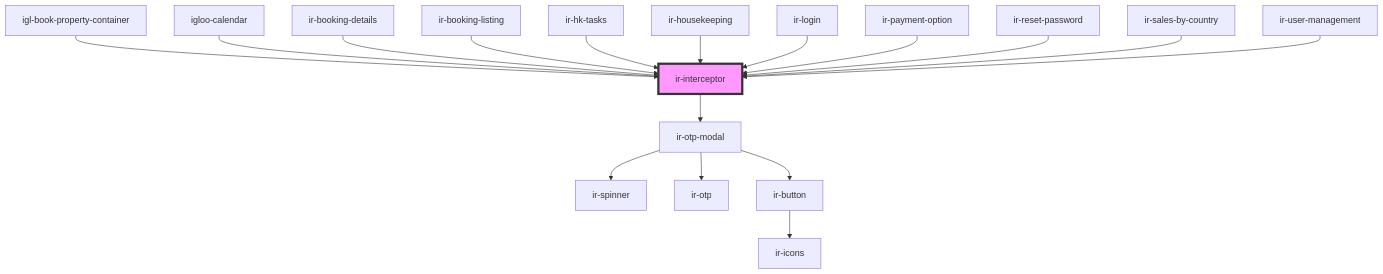
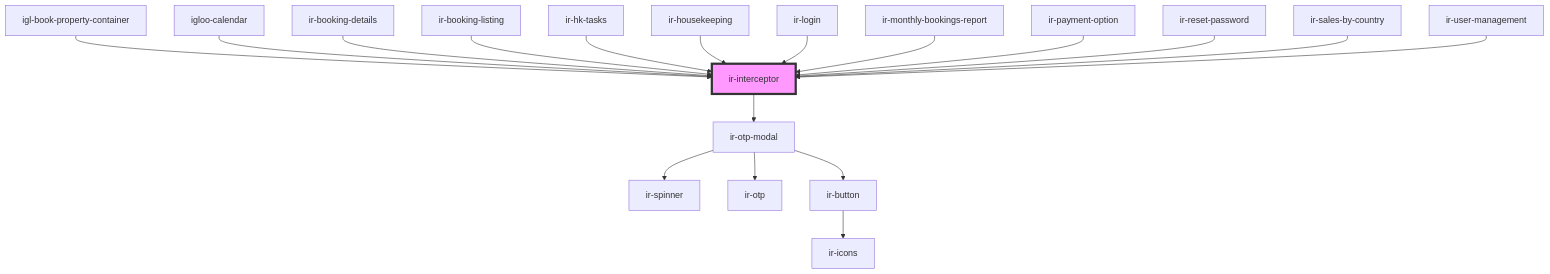
Before and after one commit to David1Chowaifaty/modified-ir-webcmp: the diagram in src/components/ir-interceptor/readme.md, drawn with Mermaid. The commit also changed other lines of this file and 58 other files, not shown here.

````diff
--- a/src/components/ir-interceptor/readme.md
+++ b/src/components/ir-interceptor/readme.md
@@ -44,20 +45,21 @@
 ```mermaid
 graph TD;
   ir-interceptor --> ir-otp-modal
   ir-otp-modal --> ir-spinner
   ir-otp-modal --> ir-otp
   ir-otp-modal --> ir-button
   ir-button --> ir-icons
   igl-book-property-container --> ir-interceptor
   igloo-calendar --> ir-interceptor
   ir-booking-details --> ir-interceptor
   ir-booking-listing --> ir-interceptor
   ir-hk-tasks --> ir-interceptor
   ir-housekeeping --> ir-interceptor
   ir-login --> ir-interceptor
+  ir-monthly-bookings-report --> ir-interceptor
   ir-payment-option --> ir-interceptor
   ir-reset-password --> ir-interceptor
   ir-sales-by-country --> ir-interceptor
   ir-user-management --> ir-interceptor
   style ir-interceptor fill:#f9f,stroke:#333,stroke-width:4px
 ```
````
